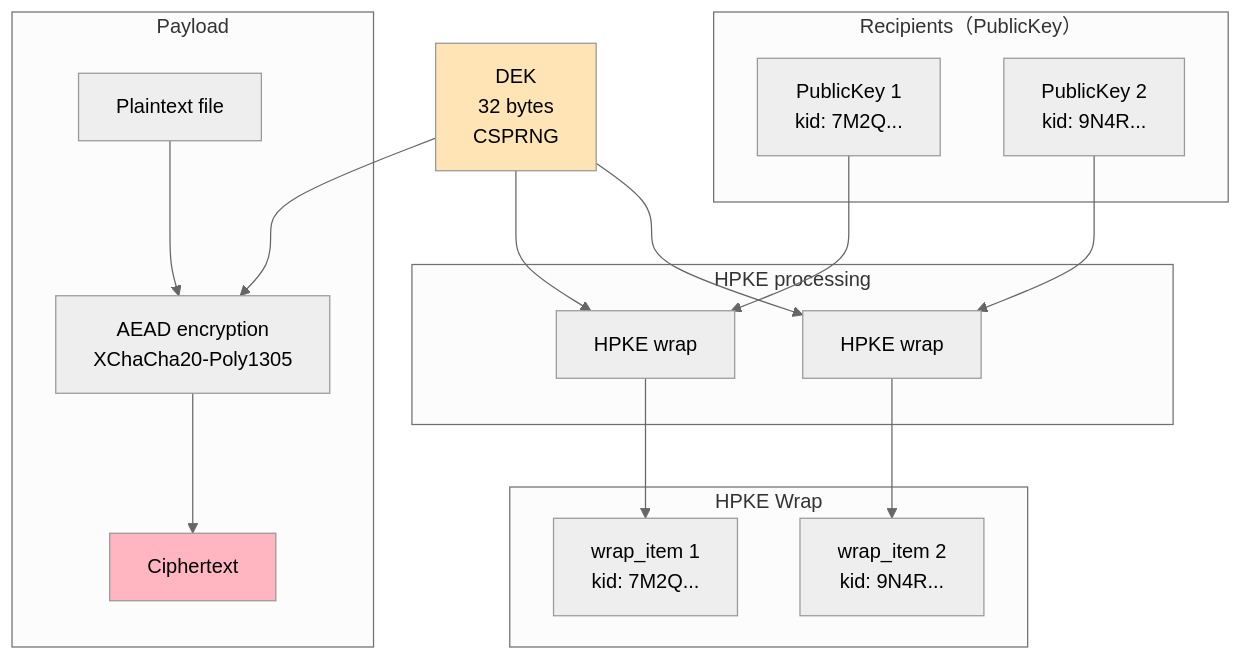
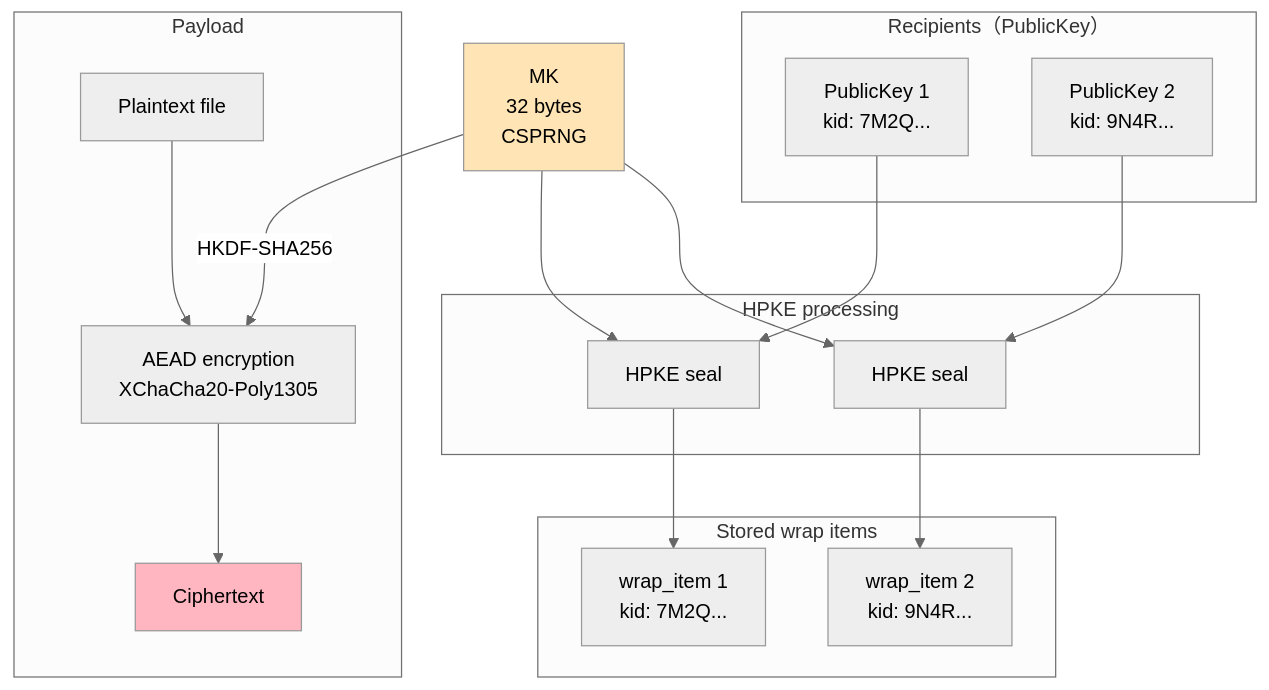
Before and after one commit to ebisawa/kapsaro: the third of 6 diagrams in guides/security_design_en.md, drawn with Mermaid (neutral theme). The commit also changed other lines of this file and 271 other files, not shown here.

````diff
--- a/guides/security_design_en.md
+++ b/guides/security_design_en.md
@@ -728,38 +648,38 @@
 ```mermaid
 graph TB
     subgraph recipients["Recipients（PublicKey）"]
         PK1["PublicKey 1<br/>kid: 7M2Q..."]
         PK2["PublicKey 2<br/>kid: 9N4R..."]
     end
 
     subgraph hpke["HPKE processing"]
-        HPKE1[HPKE wrap]
-        HPKE2[HPKE wrap]
+        HPKE1[HPKE seal]
+        HPKE2[HPKE seal]
     end
 
-    subgraph wrap["HPKE Wrap"]
+    subgraph wrap["Stored wrap items"]
         W1["wrap_item 1<br/>kid: 7M2Q..."]
         W2["wrap_item 2<br/>kid: 9N4R..."]
     end
 
-    DEK["DEK<br/>32 bytes<br/>CSPRNG"]
+    MK["MK<br/>32 bytes<br/>CSPRNG"]
 
     subgraph payload["Payload"]
         PT[Plaintext file]
         AEAD[AEAD encryption<br/>XChaCha20-Poly1305]
         CT["Ciphertext"]
     end
 
     PK1 --> HPKE1
-    DEK --> HPKE1
+    MK --> HPKE1
     HPKE1 --> W1
     PK2 --> HPKE2
-    DEK --> HPKE2
+    MK --> HPKE2
     HPKE2 --> W2
-    DEK --> AEAD
+    MK -->|HKDF-SHA256| AEAD
     PT --> AEAD
     AEAD --> CT
 
-    style DEK fill:#FFE4B5
+    style MK fill:#FFE4B5
     style CT fill:#FFB6C1
 ```
````
